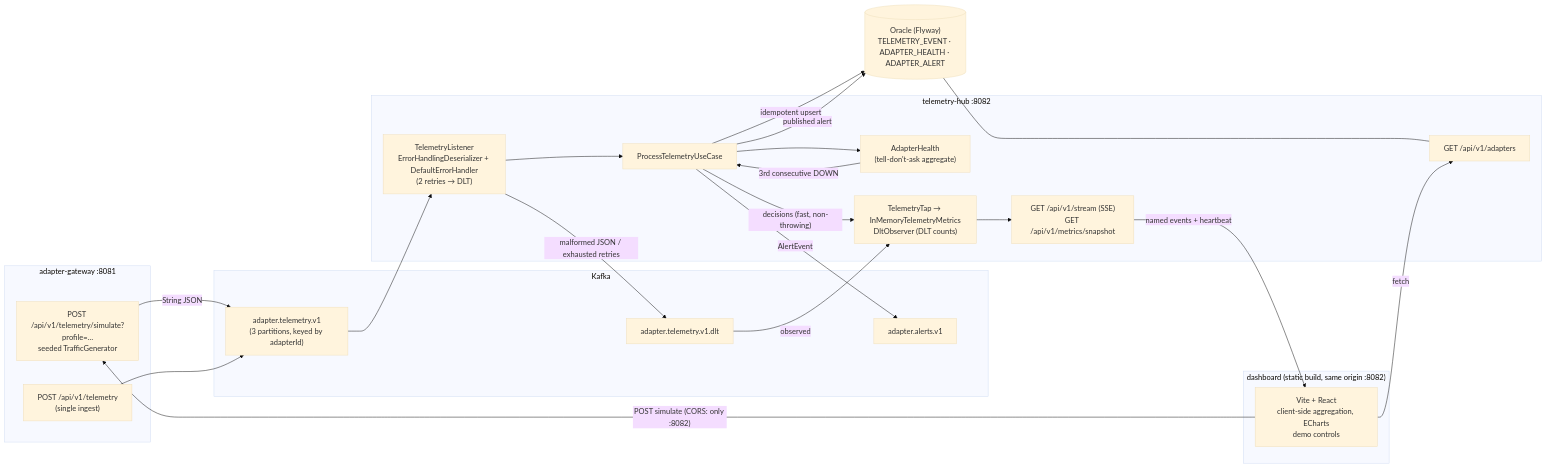
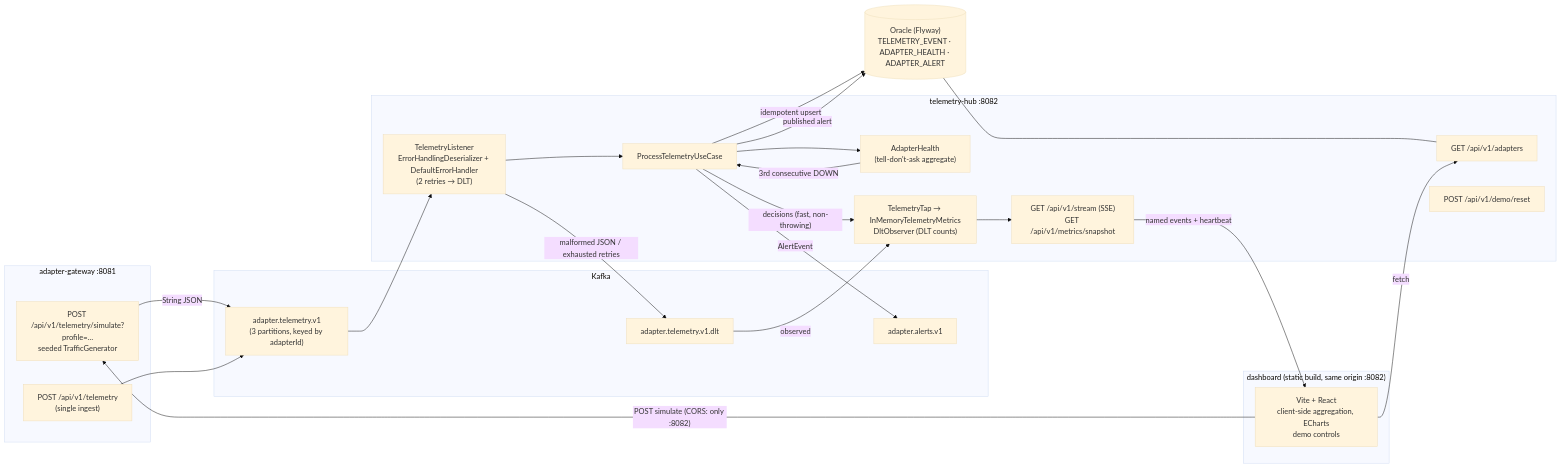
One commit to jordimarsal/kafka-adapter-telemetry changed the diagram in README.md. Above: the diagram before and after it, drawn with Mermaid (base theme). The commit also changed other lines of this file, not shown here.

Commit message:
docs: demo reset endpoint and dashboard reset button

````diff
--- a/README.md
+++ b/README.md
@@ -20,45 +20,46 @@
 ```mermaid
 flowchart LR
     subgraph gateway["adapter-gateway :8081"]
         SIM["POST /api/v1/telemetry/simulate?profile=…<br/>seeded TrafficGenerator"]
         ING["POST /api/v1/telemetry<br/>(single ingest)"]
     end
 
     subgraph kafka["Kafka"]
         T1["adapter.telemetry.v1<br/>(3 partitions, keyed by adapterId)"]
         T2["adapter.alerts.v1"]
         T3["adapter.telemetry.v1.dlt"]
     end
 
     subgraph hub["telemetry-hub :8082"]
         L["TelemetryListener<br/>ErrorHandlingDeserializer + DefaultErrorHandler<br/>(2 retries → DLT)"]
         UC["ProcessTelemetryUseCase"]
         AH["AdapterHealth<br/>(tell-don't-ask aggregate)"]
         TAP["TelemetryTap → InMemoryTelemetryMetrics<br/>DltObserver (DLT counts)"]
         SSE["GET /api/v1/stream (SSE)<br/>GET /api/v1/metrics/snapshot"]
         RD["GET /api/v1/adapters"]
+        RST["POST /api/v1/demo/reset"]
     end
 
     subgraph dash["dashboard (static build, same origin :8082)"]
         UI["Vite + React<br/>client-side aggregation, ECharts<br/>demo controls"]
     end
 
     DB[("Oracle (Flyway)<br/>TELEMETRY_EVENT · ADAPTER_HEALTH · ADAPTER_ALERT")]
 
     SIM -->|"String JSON"| T1
     ING --> T1
     T1 --> L --> UC
     UC -->|"idempotent upsert"| DB
     UC --> AH
     AH -->|"3rd consecutive DOWN"| UC
     UC -->|"AlertEvent"| T2
     UC -->|"published alert"| DB
     L -->|"malformed JSON / exhausted retries"| T3
     DB --- RD
     UC -->|"decisions (fast, non-throwing)"| TAP
     T3 -->|"observed"| TAP
     TAP --> SSE
     SSE -->|"named events + heartbeat"| UI
     UI -->|"fetch"| RD
     UI -->|"POST simulate (CORS: only :8082)"| SIM
 ```
````
